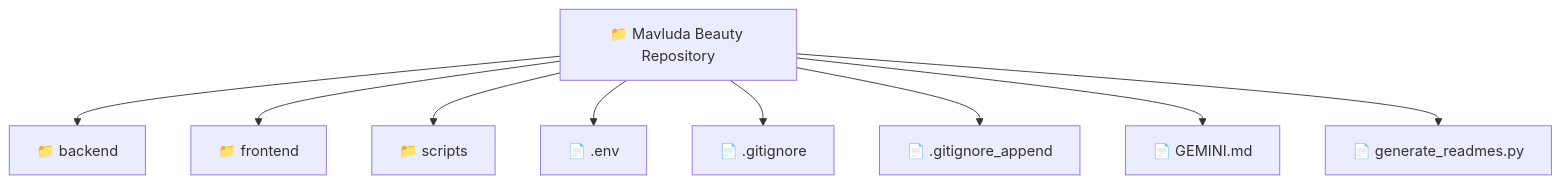
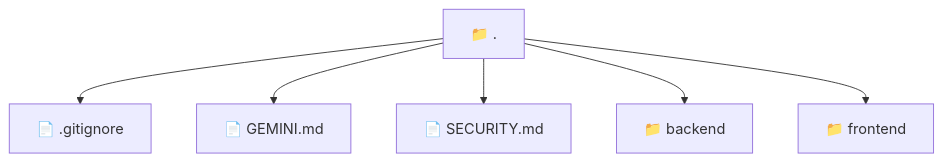
One commit to beginwebdev2002/fullstack-mavluda changed the diagram in README.md. Above: the diagram before and after it, drawn with Mermaid. The commit also changed other lines of this file and 164 other files, not shown here.

First line of the commit message:
docs: generate comprehensive architectural READMEs recursively

````diff
--- a/README.md
+++ b/README.md
@@ -9,12 +9,9 @@
 ```mermaid
 graph TD
-  Root["📁 Mavluda Beauty Repository"]
-  Root --> backend["📁 backend"]
-  Root --> frontend["📁 frontend"]
-  Root --> scripts["📁 scripts"]
-  Root --> _env["📄 .env"]
-  Root --> _gitignore["📄 .gitignore"]
-  Root --> _gitignore_append["📄 .gitignore_append"]
-  Root --> GEMINI_md["📄 GEMINI.md"]
-  Root --> generate_readmes_py["📄 generate_readmes.py"]
+  Root__["📁 ."]
+  Root__ --> f__gitignore["📄 .gitignore"]
+  Root__ --> f_GEMINI_md["📄 GEMINI.md"]
+  Root__ --> f_SECURITY_md["📄 SECURITY.md"]
+  Root__ --> d_backend["📁 backend"]
+  Root__ --> d_frontend["📁 frontend"]
 ```
````
